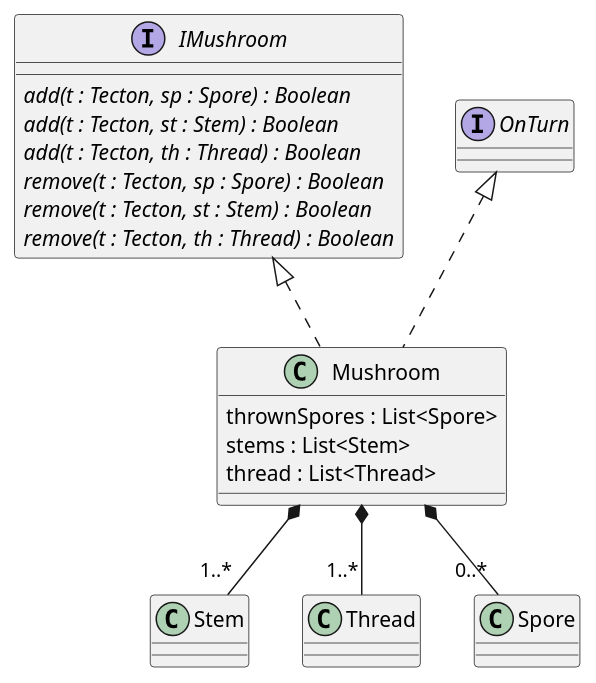
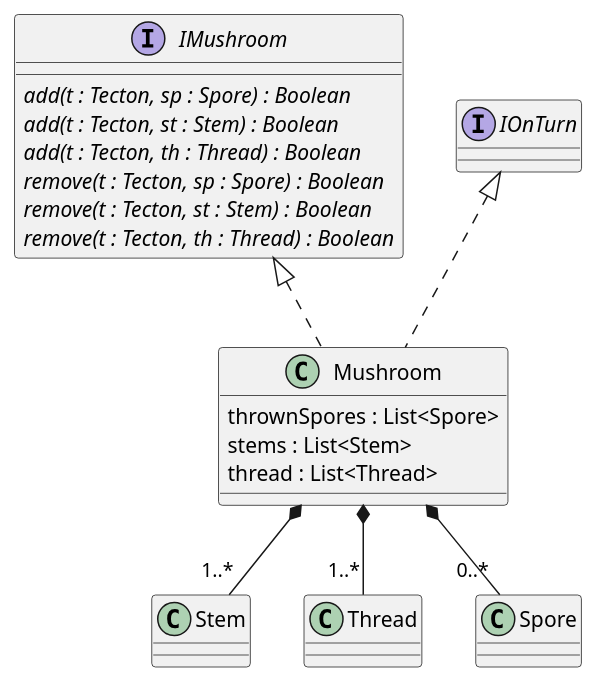
The diagram in 4/classes/mushroom/mushroom.puml (Petya-G/fungorium), drawn with PlantUML before and after one commit. The commit also changed 8 other files, not shown here.

```diff
--- a/4/classes/mushroom/mushroom.puml
+++ b/4/classes/mushroom/mushroom.puml
@@ -1,21 +1,21 @@
 @startuml mushroom
 
 interface IMushroom{
     {abstract} add(t : Tecton, sp : Spore) : Boolean
     {abstract} add(t : Tecton, st : Stem) : Boolean
     {abstract} add(t : Tecton, th : Thread) : Boolean
     {abstract} remove(t : Tecton, sp : Spore) : Boolean
     {abstract} remove(t : Tecton, st : Stem) : Boolean
     {abstract} remove(t : Tecton, th : Thread) : Boolean
 }
 
 Mushroom *-- "1..*" Stem
 Mushroom *-- "1..*" Thread
 Mushroom *-- "0..*" Spore
-class Mushroom implements IMushroom, OnTurn{
+class Mushroom implements IMushroom, IOnTurn{
     thrownSpores : List<Spore>
     stems : List<Stem>
     thread : List<Thread>
 }
 
 @enduml
```
